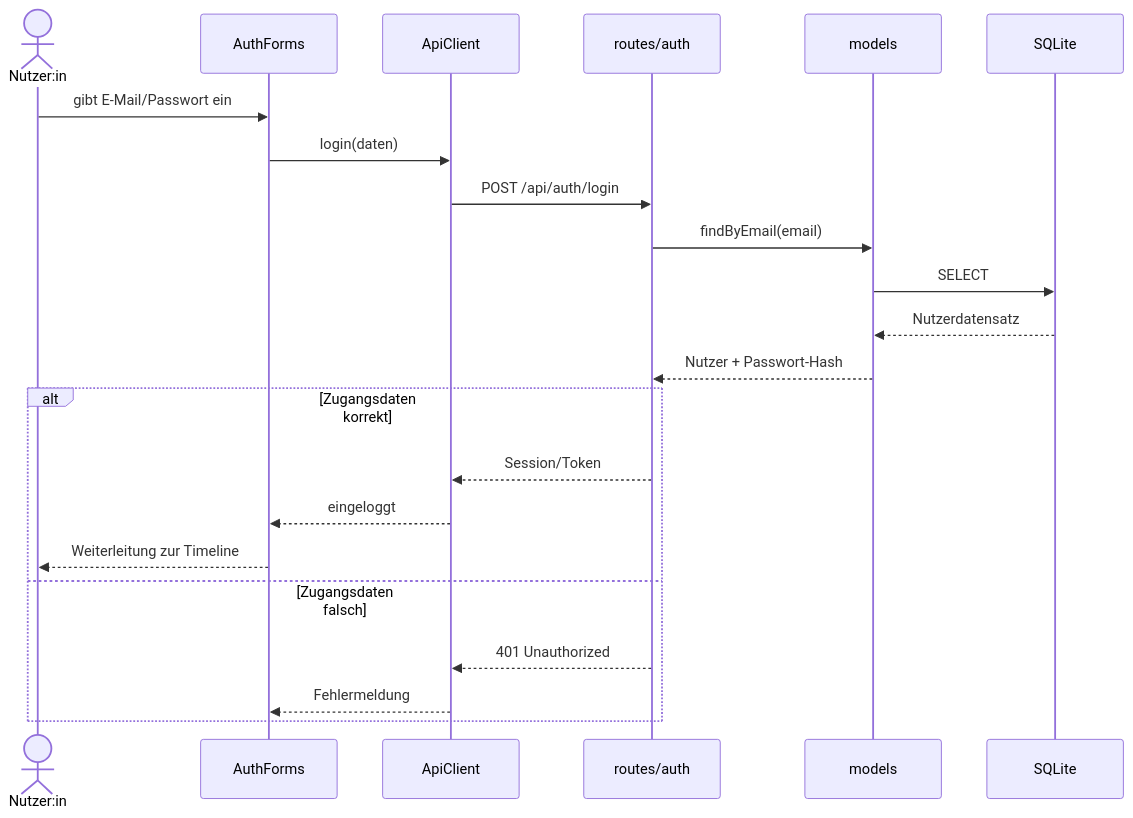
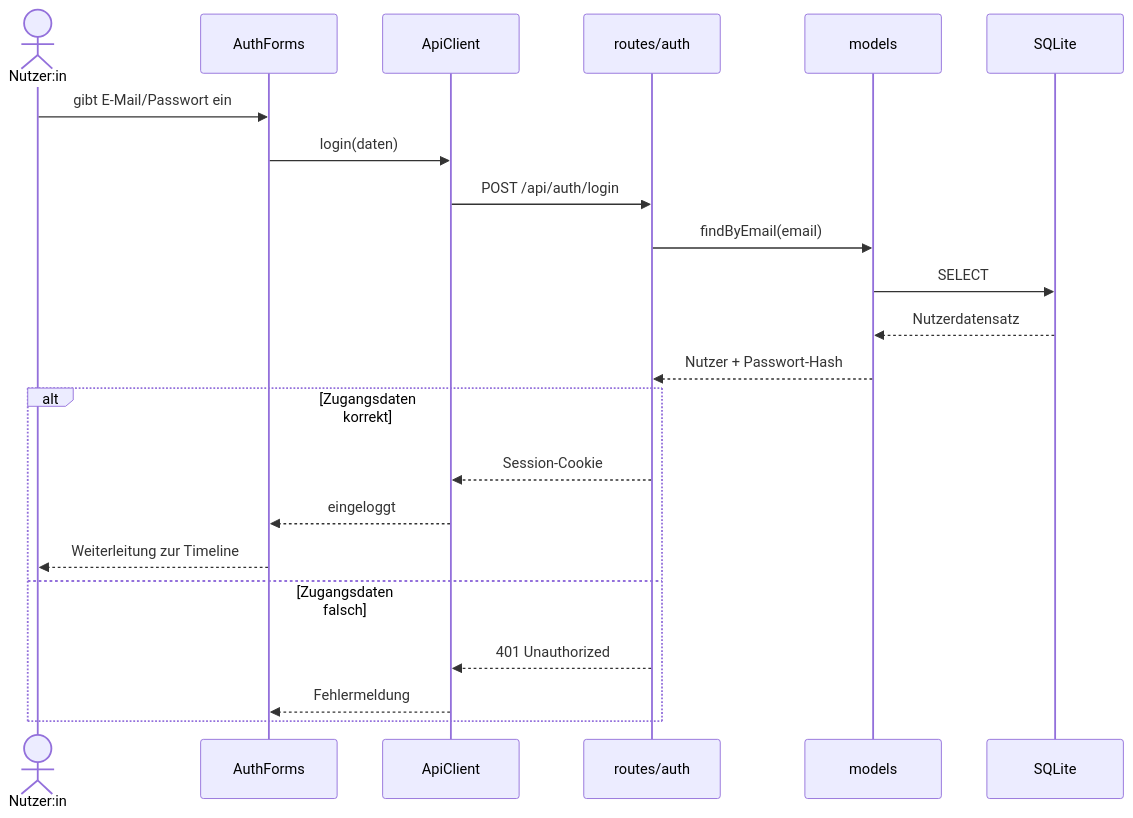
Before and after one commit to ksukh-ux/lifeline-project: the second of 3 diagrams in docs/arch/A06-Laufzeitansicht.md, drawn with Mermaid. The commit also changed 8 other files, not shown here.

````diff
--- a/docs/arch/A06-Laufzeitansicht.md
+++ b/docs/arch/A06-Laufzeitansicht.md
@@ -52,25 +52,25 @@
 ```mermaid
 sequenceDiagram
     actor N as Nutzer:in
     participant AF as AuthForms
     participant AC as ApiClient
     participant R as routes/auth
     participant M as models
     participant DB as SQLite
 
     N->>AF: gibt E-Mail/Passwort ein
     AF->>AC: login(daten)
     AC->>R: POST /api/auth/login
     R->>M: findByEmail(email)
     M->>DB: SELECT
     DB-->>M: Nutzerdatensatz
     M-->>R: Nutzer + Passwort-Hash
     alt Zugangsdaten korrekt
-        R-->>AC: Session/Token
+        R-->>AC: Session-Cookie
         AC-->>AF: eingeloggt
         AF-->>N: Weiterleitung zur Timeline
     else Zugangsdaten falsch
         R-->>AC: 401 Unauthorized
         AC-->>AF: Fehlermeldung
     end
 ```
````
